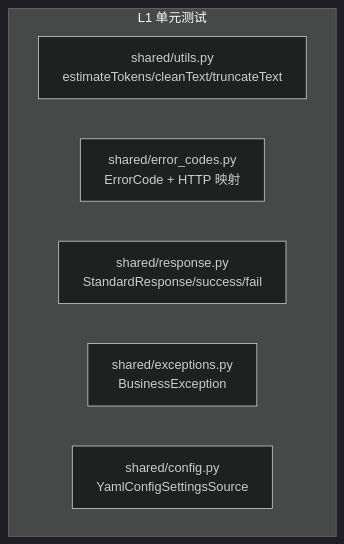
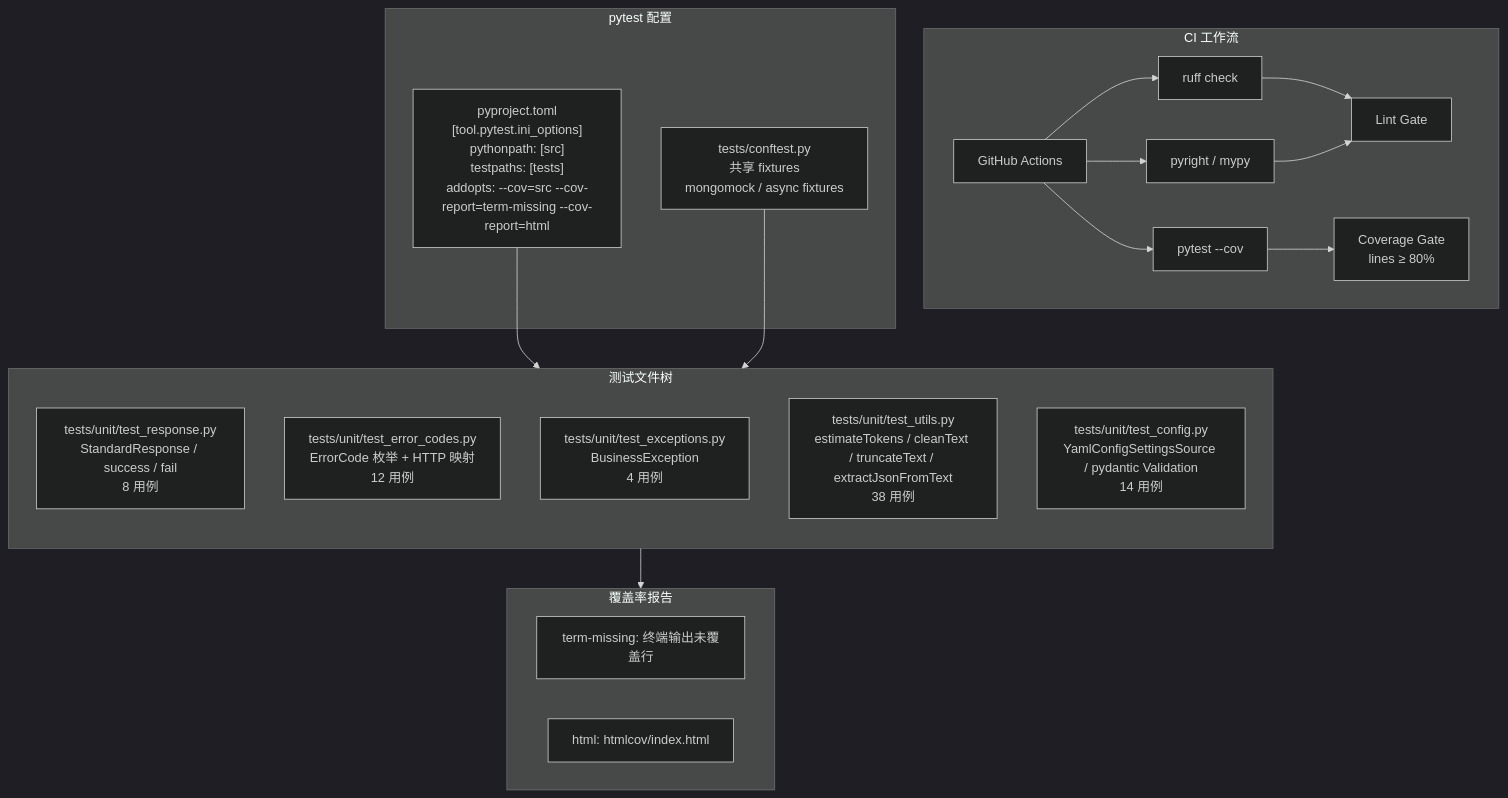
One commit to effiy/YrY changed the first of 2 diagrams in YiKnowledge/projects/yiai/devs/2026-08/03-prd-task-测试覆盖率扩展.md. Above: the diagram before and after it, drawn with Mermaid (dark theme). The commit also changed other lines of this file and 4958 other files, not shown here.

````diff
--- a/YiKnowledge/projects/yiai/devs/2026-08/03-prd-task-测试覆盖率扩展.md
+++ b/YiKnowledge/projects/yiai/devs/2026-08/03-prd-task-测试覆盖率扩展.md
@@ -34,10 +37,35 @@
 ```mermaid
 flowchart TB
-  subgraph UNIT["L1 单元测试"]
-    U1["shared/utils.py<br/>estimateTokens/cleanText/truncateText"]
-    U2["shared/error_codes.py<br/>ErrorCode + HTTP 映射"]
-    U3["shared/response.py<br/>StandardResponse/success/fail"]
-    U4["shared/exceptions.py<br/>BusinessException"]
-    U5["shared/config.py<br/>YamlConfigSettingsSource"]
+  subgraph WORKFLOW["CI 工作流"]
+    GH["GitHub Actions"]
+    GH --> LINT["ruff check"]
+    GH --> TYPE["pyright / mypy"]
+    GH --> TEST["pytest --cov"]
+    LINT --> GATE["Lint Gate"]
+    TYPE --> GATE
+    TEST --> COV_GATE["Coverage Gate<br/>lines ≥ 80%"]
   end
+
+  subgraph PYTEST["pytest 配置"]
+    PYPROJ["pyproject.toml<br/>[tool.pytest.ini_options]<br/>pythonpath: [src]<br/>testpaths: [tests]<br/>addopts: --cov=src --cov-report=term-missing --cov-report=html"]
+    CONFTEST["tests/conftest.py<br/>共享 fixtures<br/>mongomock / async fixtures"]
+  end
+
+  subgraph TESTS["测试文件树"]
+    direction TB
+    U_SHARED["tests/unit/test_response.py<br/>StandardResponse / success / fail<br/>8 用例"]
+    U_ERR["tests/unit/test_error_codes.py<br/>ErrorCode 枚举 + HTTP 映射<br/>12 用例"]
+    U_EXC["tests/unit/test_exceptions.py<br/>BusinessException<br/>4 用例"]
+    U_UTILS["tests/unit/test_utils.py<br/>estimateTokens / cleanText / truncateText / extractJsonFromText<br/>38 用例"]
+    U_CONFIG["tests/unit/test_config.py<br/>YamlConfigSettingsSource / pydantic Validation<br/>14 用例"]
+  end
+
+  subgraph COVERAGE["覆盖率报告"]
+    TERM["term-missing: 终端输出未覆盖行"]
+    HTML["html: htmlcov/index.html"]
+  end
+
+  PYPROJ --> TESTS
+  CONFTEST --> TESTS
+  TESTS --> COVERAGE
 ```
````
